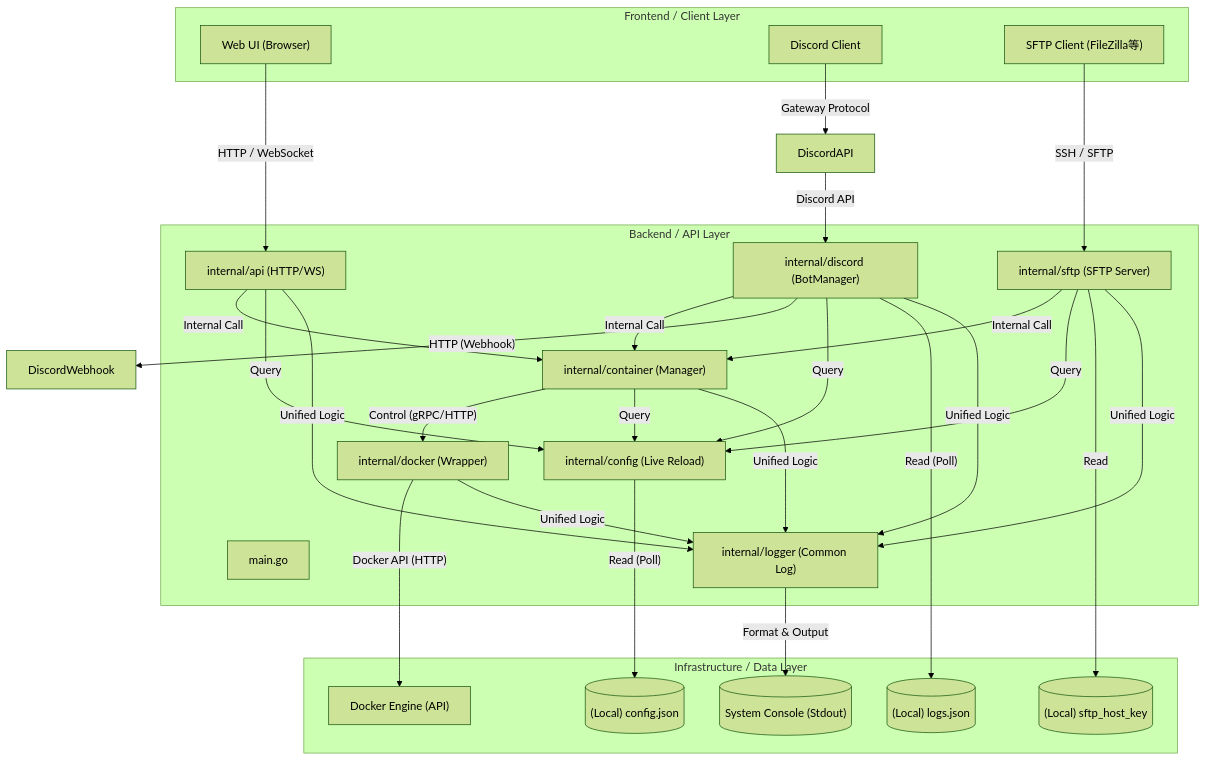
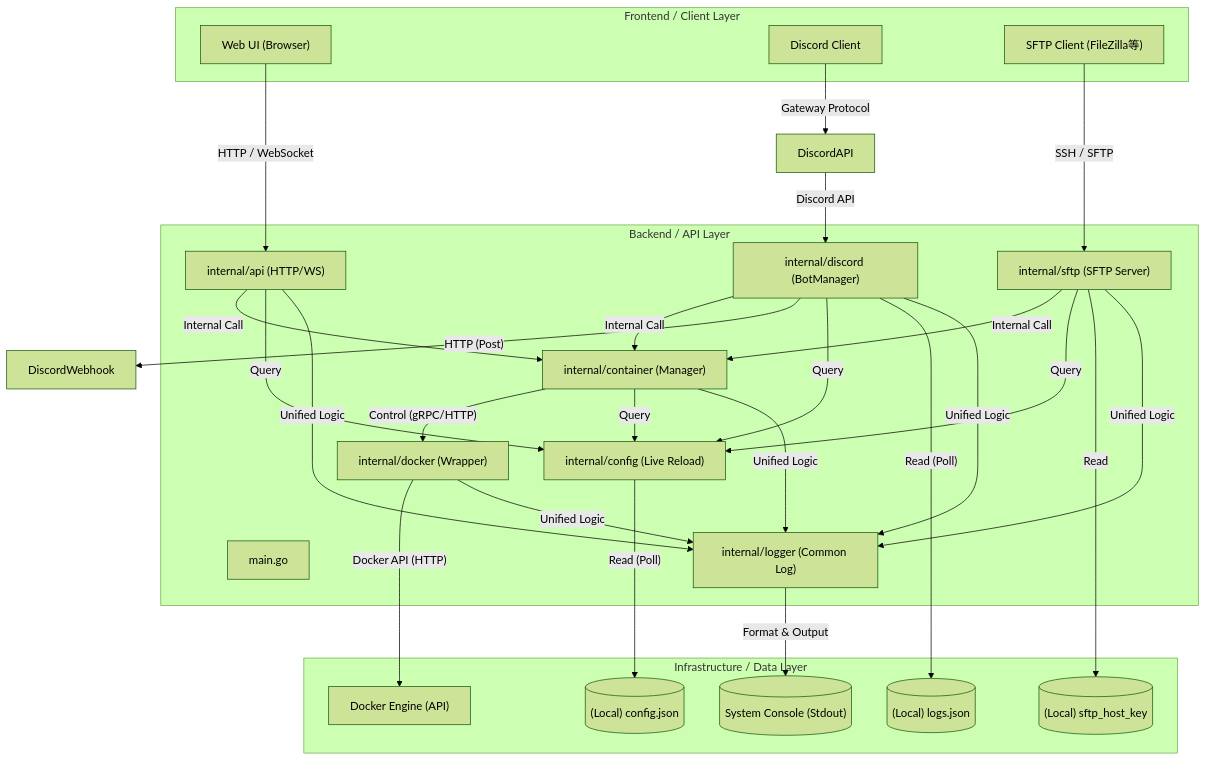
The diagram in system-design.md (aatomu/play-bin), drawn with Mermaid (forest theme) before and after one commit. The commit also changed 1 other file, not shown here.

Commit message:
♻️webhookを送るのに雑だったのを修正

````diff
--- a/system-design.md
+++ b/system-design.md
@@ -35,53 +35,53 @@
 ```mermaid
 graph TD
     subgraph "Frontend / Client Layer"
         WebUI["Web UI (Browser)"]
         DiscordClient["Discord Client"]
         SFTPClient["SFTP Client (FileZilla等)"]
     end
 
     subgraph "Backend / API Layer"
         Main["main.go"]
         API["internal/api (HTTP/WS)"]
         BotManager["internal/discord (BotManager)"]
         SFTPService["internal/sftp (SFTP Server)"]
         ContainerMgr["internal/container (Manager)"]
         ConfigMgr["internal/config (Live Reload)"]
         DockerWrapper["internal/docker (Wrapper)"]
         Logger["internal/logger (Common Log)"]
     end
 
     subgraph "Infrastructure / Data Layer"
         DockerEngine["Docker Engine (API)"]
         JSONDB[("(Local) config.json")]
         LogSetting[("(Local) logs.json")]
         HostKey[("(Local) sftp_host_key")]
         ConsoleOut[("System Console (Stdout)")]
     end
 
     %% Communications
     WebUI -- "HTTP / WebSocket" --> API
     DiscordClient -- "Gateway Protocol" --> DiscordAPI
     SFTPClient -- "SSH / SFTP" --> SFTPService
     DiscordAPI -- "Discord API" --> BotManager
 
     API -- "Internal Call" --> ContainerMgr
     BotManager -- "Internal Call" --> ContainerMgr
     SFTPService -- "Internal Call" --> ContainerMgr
-    BotManager -- "HTTP (Webhook)" --> DiscordWebhook
+    BotManager -- "HTTP (Post)" --> DiscordWebhook
 
     ContainerMgr -- "Control (gRPC/HTTP)" --> DockerWrapper
     ContainerMgr -- "Query" --> ConfigMgr
     BotManager -- "Query" --> ConfigMgr
     API -- "Query" --> ConfigMgr
     SFTPService -- "Query" --> ConfigMgr
 
     DockerWrapper -- "Docker API (HTTP)" --> DockerEngine
     ConfigMgr -- "Read (Poll)" --> JSONDB
     BotManager -- "Read (Poll)" --> LogSetting
     SFTPService -- "Read" --> HostKey
 
     %% Logging
     API & BotManager & SFTPService & ContainerMgr & DockerWrapper -- "Unified Logic" --> Logger
     Logger -- "Format & Output" --> ConsoleOut
 ```
````
